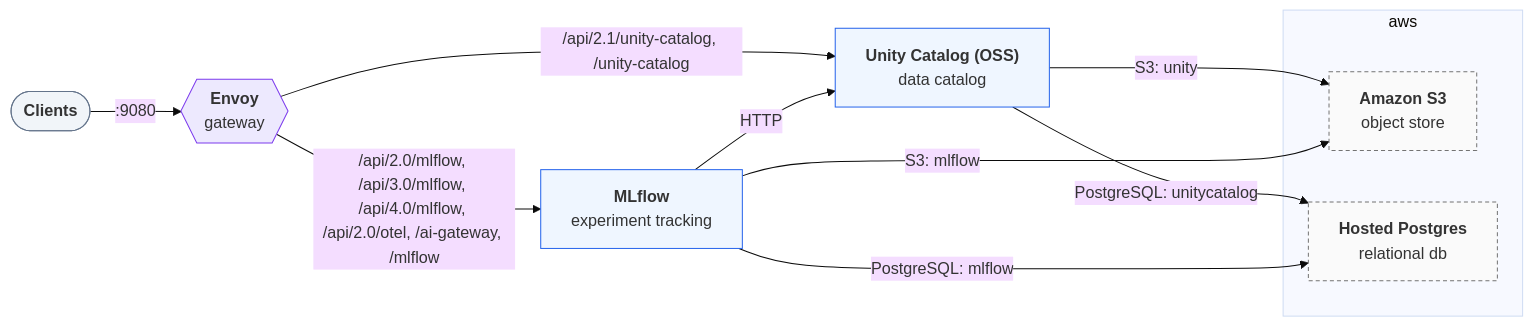
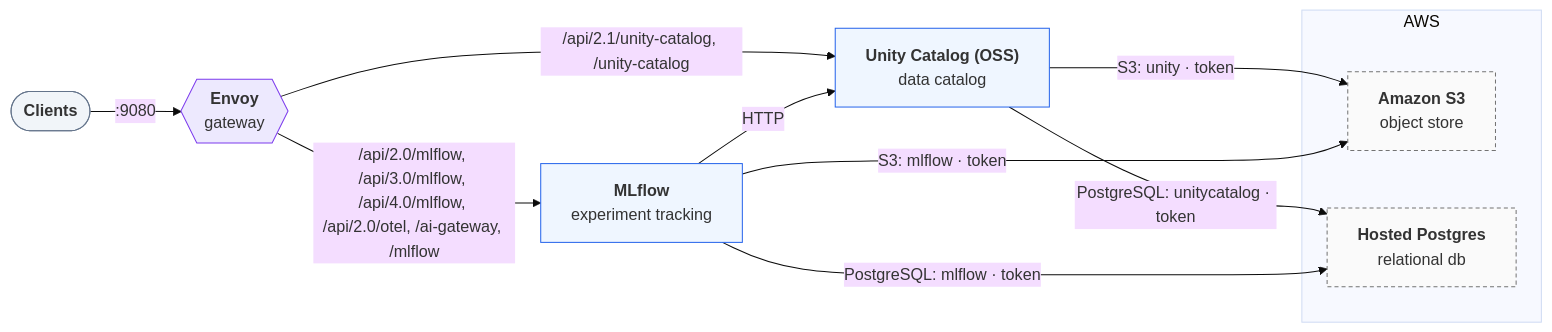
One commit to open-lakehouse/trestle changed the diagram in test/expected/hybrid/README.md. Above: the diagram before and after it, drawn with Mermaid (base theme). The commit also changed 27 other files, not shown here.

First line of the commit message:
feat(olai-stack-topology): Neon and Databricks groups in the environment graph (#443)

````diff
--- a/test/expected/hybrid/README.md
+++ b/test/expected/hybrid/README.md
@@ -9,23 +9,23 @@
 ```mermaid
 flowchart LR
     n0(["<b>Clients</b>"]):::clients
     n2{{"<b>Envoy</b><br/>gateway"}}:::gateway
     n4["<b>Unity Catalog (OSS)</b><br/>data catalog"]:::component
     n5["<b>MLflow</b><br/>experiment tracking"]:::component
-    subgraph cloud0["aws"]
+    subgraph cloud0["AWS"]
         n1["<b>Amazon S3</b><br/>object store"]:::external
         n3["<b>Hosted Postgres</b><br/>relational db"]:::external
     end
     n0 -->|":9080"| n2
     n2 -->|"/api/2.1/unity-catalog, /unity-catalog"| n4
     n2 -->|"/api/2.0/mlflow, /api/3.0/mlflow, /api/4.0/mlflow, /api/2.0/otel, /ai-gateway, /mlflow"| n5
-    n4 -->|"PostgreSQL: unitycatalog"| n3
-    n4 -->|"S3: unity"| n1
-    n5 -->|"PostgreSQL: mlflow"| n3
-    n5 -->|"S3: mlflow"| n1
+    n4 -->|"PostgreSQL: unitycatalog · token"| n3
+    n4 -->|"S3: unity · token"| n1
+    n5 -->|"PostgreSQL: mlflow · token"| n3
+    n5 -->|"S3: mlflow · token"| n1
     n5 -->|"HTTP"| n4
     classDef clients fill:#f1f5f9,stroke:#64748b
     classDef gateway fill:#ede9fe,stroke:#7c3aed
     classDef component fill:#eff6ff,stroke:#2563eb
     classDef external fill:#fafafa,stroke:#737373,stroke-dasharray: 4 3
 ```
````
